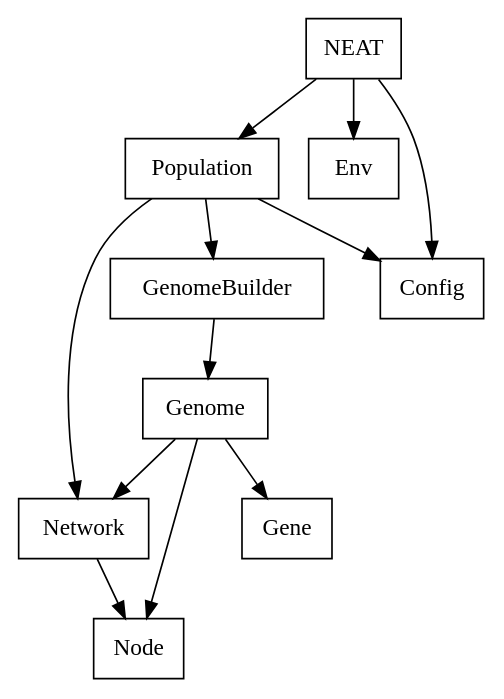
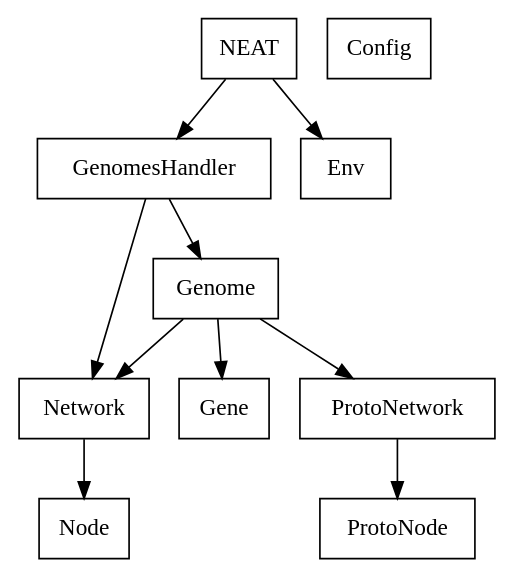
The diagram in docs/map.dot (DanX3/open-neat), drawn with Graphviz before and after one commit. The commit also changed 18 other files, not shown here.

```diff
--- a/docs/map.dot
+++ b/docs/map.dot
@@ -1,9 +1,9 @@
 digraph structure {
     node[shape=box]
-    NEAT-> {Population, Env}
-    Population -> {Network, GenomeBuilder}
-    GenomeBuilder -> Genome
+    NEAT-> {GenomesHandler, Env}
+    GenomesHandler -> {Network, Genome}
     Network -> "Node"
-    Genome -> {Gene, Network, "Node"}
-    {NEAT, Population} -> Config
+    Genome -> {Gene, Network, ProtoNetwork}
+    ProtoNetwork -> ProtoNode
+    Config
 }
```
